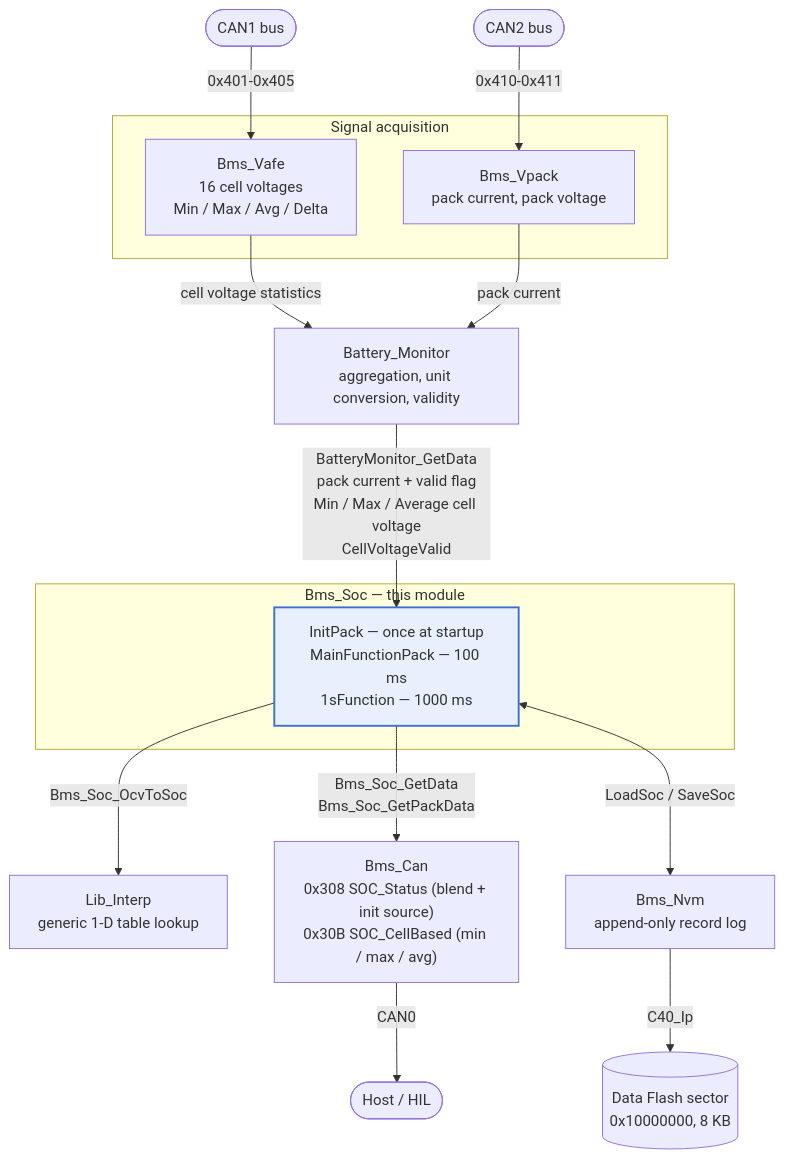
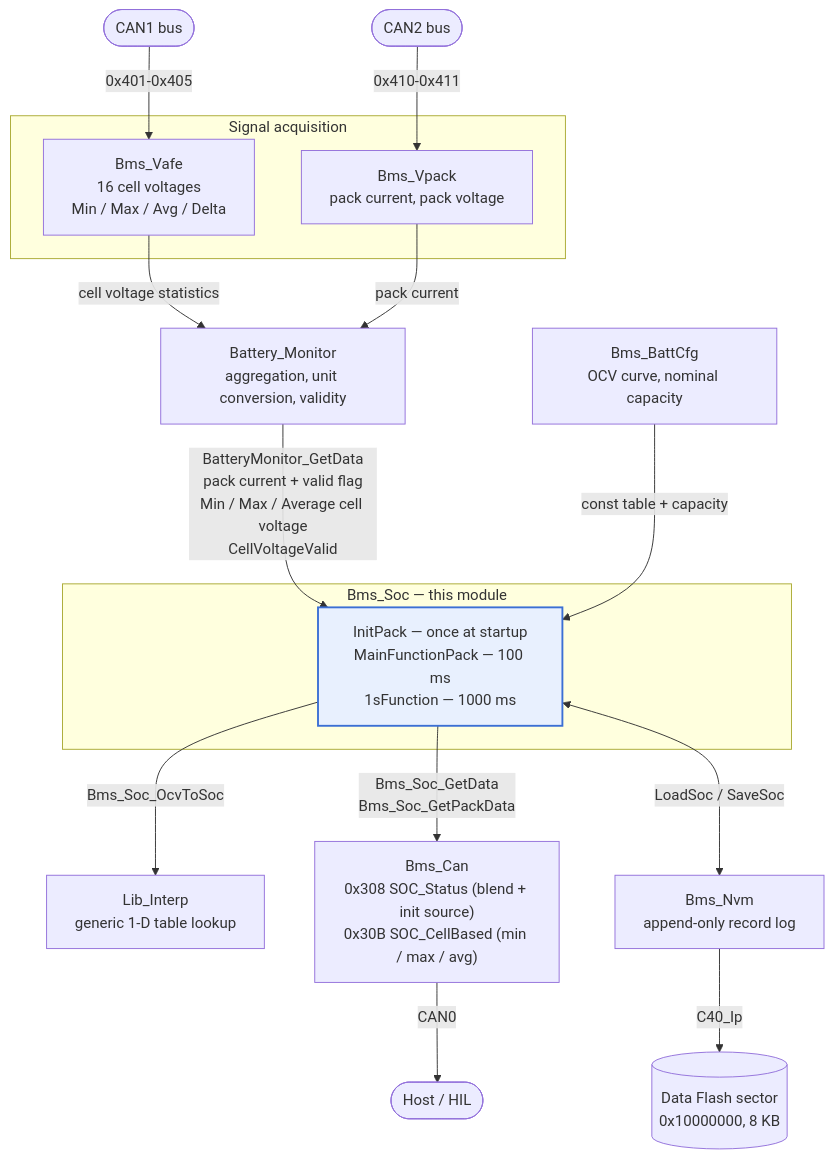
Before and after one commit to jsivolt/BMS_demo: the first of 6 diagrams in src/battery/SOC_DESIGN.md, drawn with Mermaid. The commit also changed other lines of this file and 9 other files, not shown here.

First line of the commit message:
Add Bms_BattCfg and move the OCV curve and pack capacity into it

````diff
--- a/src/battery/SOC_DESIGN.md
+++ b/src/battery/SOC_DESIGN.md
@@ -70,31 +70,33 @@
 ```mermaid
 flowchart TD
     CAN1(["CAN1 bus"]) -->|"0x401-0x405"| VAFE
     CAN2(["CAN2 bus"]) -->|"0x410-0x411"| VPACK
 
     subgraph sensing["Signal acquisition"]
         VAFE["Bms_Vafe<br/>16 cell voltages<br/>Min / Max / Avg / Delta"]
         VPACK["Bms_Vpack<br/>pack current, pack voltage"]
     end
 
     VAFE -->|"cell voltage statistics"| BM
     VPACK -->|"pack current"| BM
 
     BM["Battery_Monitor<br/>aggregation, unit conversion, validity"]
 
     BM -->|"BatteryMonitor_GetData<br/>pack current + valid flag<br/>Min / Max / Average cell voltage<br/>CellVoltageValid"| SOC
 
     subgraph soc["Bms_Soc — this module"]
         SOC["InitPack — once at startup<br/>MainFunctionPack — 100 ms<br/>1sFunction — 1000 ms"]
     end
 
+    CFG["Bms_BattCfg<br/>OCV curve, nominal capacity"] -->|"const table + capacity"| SOC
+
     SOC -->|"Bms_Soc_OcvToSoc"| LIB["Lib_Interp<br/>generic 1-D table lookup"]
     SOC -->|"Bms_Soc_GetData<br/>Bms_Soc_GetPackData"| CANMOD["Bms_Can<br/>0x308 SOC_Status (blend + init source)<br/>0x30B SOC_CellBased (min / max / avg)"]
     SOC <-->|"LoadSoc / SaveSoc"| NVM["Bms_Nvm<br/>append-only record log"]
 
     CANMOD -->|"CAN0"| HOST(["Host / HIL"])
     NVM -->|"C40_Ip"| FLASH[("Data Flash sector<br/>0x10000000, 8 KB")]
 
     classDef this fill:#e8f0fe,stroke:#3b6fd4,stroke-width:2px
     class SOC this
 ```
````
